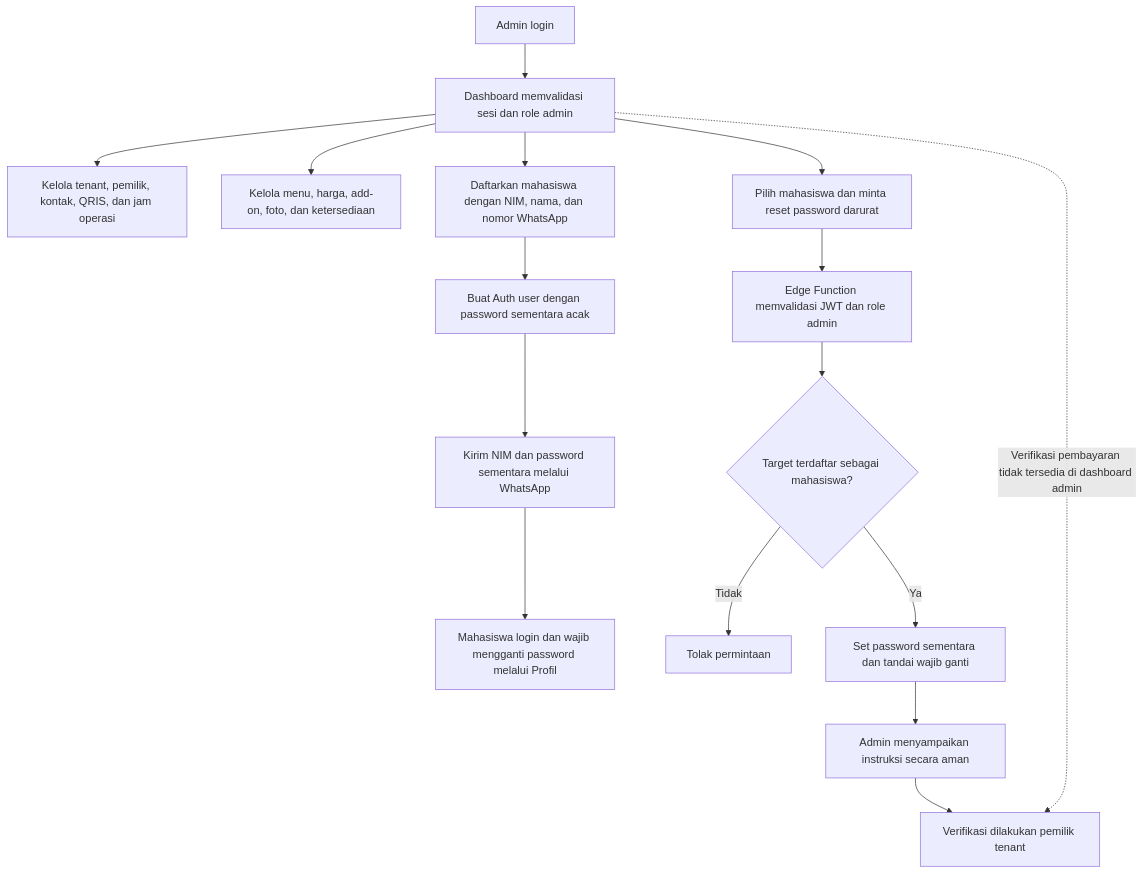
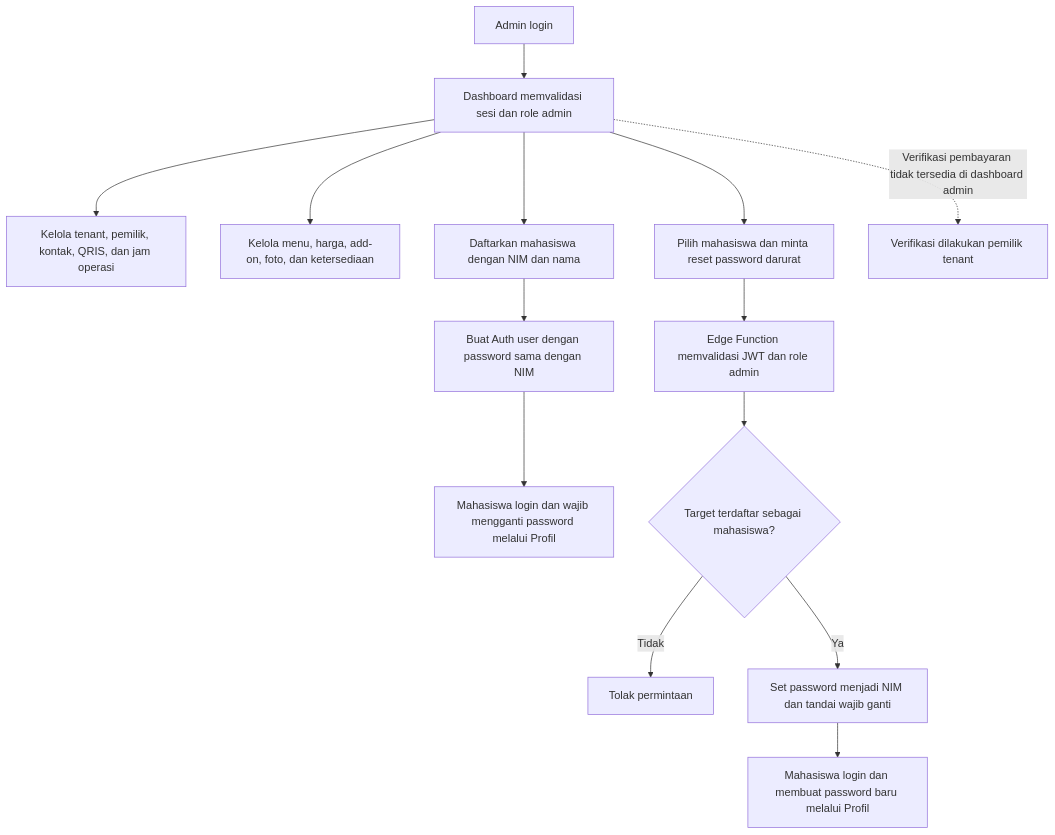
The fifth of 7 diagrams in FLOWCHART.md (nandayudhistirawibowo/SiKantin), drawn with Mermaid before and after one commit. The commit also changed other lines of this file and 9 other files, not shown here.

Commit message:
Fitur: Password default NIM & hapus alur aktivasi

````diff
--- a/FLOWCHART.md
+++ b/FLOWCHART.md
@@ -105,18 +104,16 @@
 ```mermaid
 flowchart TD
     A[Admin login] --> B[Dashboard memvalidasi sesi dan role admin]
     B --> C[Kelola tenant, pemilik, kontak, QRIS, dan jam operasi]
     B --> D[Kelola menu, harga, add-on, foto, dan ketersediaan]
-    B --> E[Daftarkan mahasiswa dengan NIM, nama, dan nomor WhatsApp]
-    E --> F[Buat Auth user dengan password sementara acak]
-    F --> G[Kirim NIM dan password sementara melalui WhatsApp]
-    G --> H[Mahasiswa login dan wajib mengganti password melalui Profil]
+    B --> E[Daftarkan mahasiswa dengan NIM dan nama]
+    E --> F[Buat Auth user dengan password sama dengan NIM]
+    F --> G[Mahasiswa login dan wajib mengganti password melalui Profil]
     B --> I[Pilih mahasiswa dan minta reset password darurat]
     I --> J[Edge Function memvalidasi JWT dan role admin]
     J --> K{Target terdaftar sebagai mahasiswa?}
     K -- Tidak --> L[Tolak permintaan]
-    K -- Ya --> M[Set password sementara dan tandai wajib ganti]
-    M --> N[Admin menyampaikan instruksi secara aman]
-    N --> O[Mahasiswa login dan membuat password baru]
+    K -- Ya --> M[Set password menjadi NIM dan tandai wajib ganti]
+    M --> N[Mahasiswa login dan membuat password baru melalui Profil]
     B -. Verifikasi pembayaran tidak tersedia di dashboard admin .-> O[Verifikasi dilakukan pemilik tenant]
 ```
````
